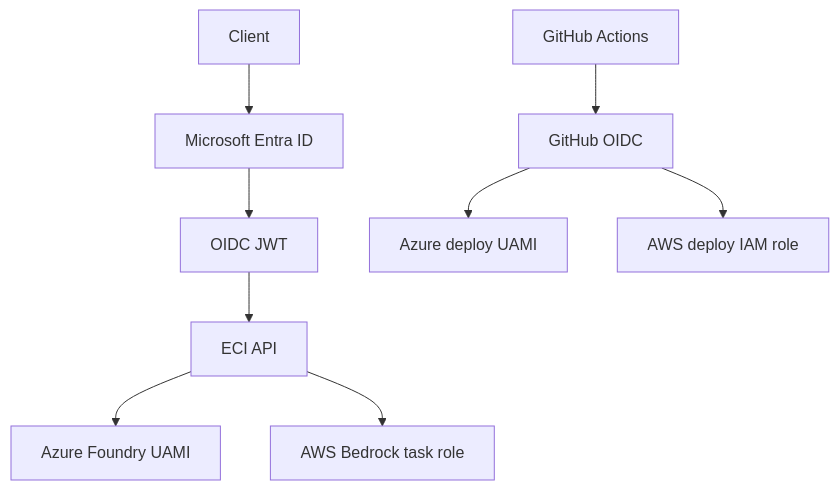
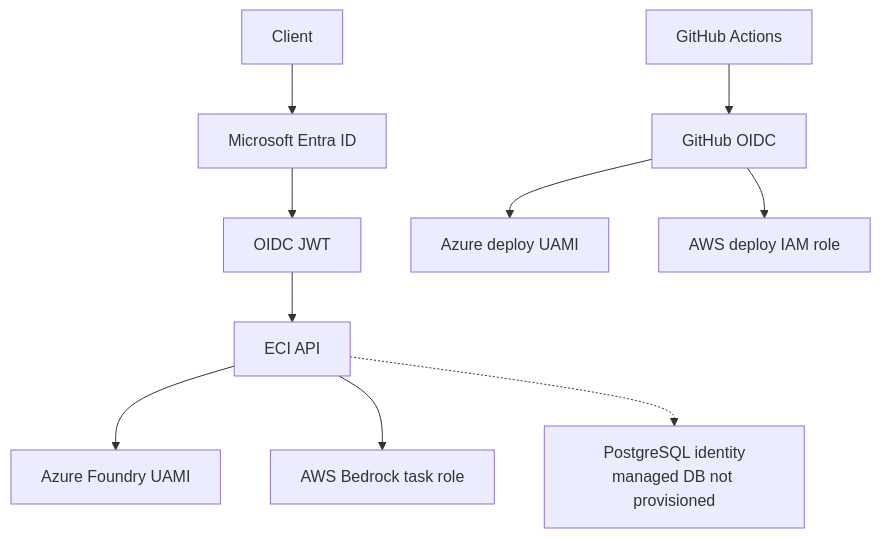
Before and after one commit to Susanta2025-lab/enterprise-communication-intelligence: the diagram in docs/diagrams/identity.mmd, drawn with Mermaid. The commit also changed 34 other files, not shown here.

Commit message:
docs: complete phase 9 persistence architecture

```diff
--- a/docs/diagrams/identity.mmd
+++ b/docs/diagrams/identity.mmd
@@ -1,20 +1,22 @@
 flowchart TD
     Client["Client"]
     Entra["Microsoft Entra ID"]
     JWT["OIDC JWT"]
     ECI["ECI API"]
     FoundryUAMI["Azure Foundry UAMI"]
     BedrockRole["AWS Bedrock task role"]
+    Database["PostgreSQL identity<br/>managed DB not provisioned"]
     GitHub["GitHub Actions"]
     GHOidc["GitHub OIDC"]
     AzDeploy["Azure deploy UAMI"]
     AwsDeploy["AWS deploy IAM role"]
 
     Client --> Entra
     Entra --> JWT
     JWT --> ECI
     ECI --> FoundryUAMI
     ECI --> BedrockRole
+    ECI -.-> Database
     GitHub --> GHOidc
     GHOidc --> AzDeploy
     GHOidc --> AwsDeploy
```
